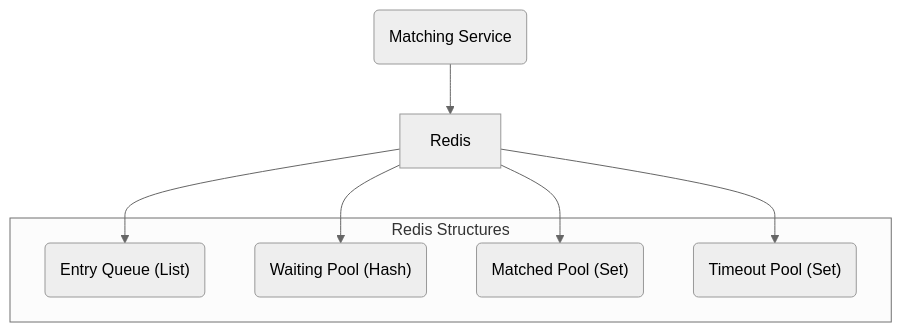
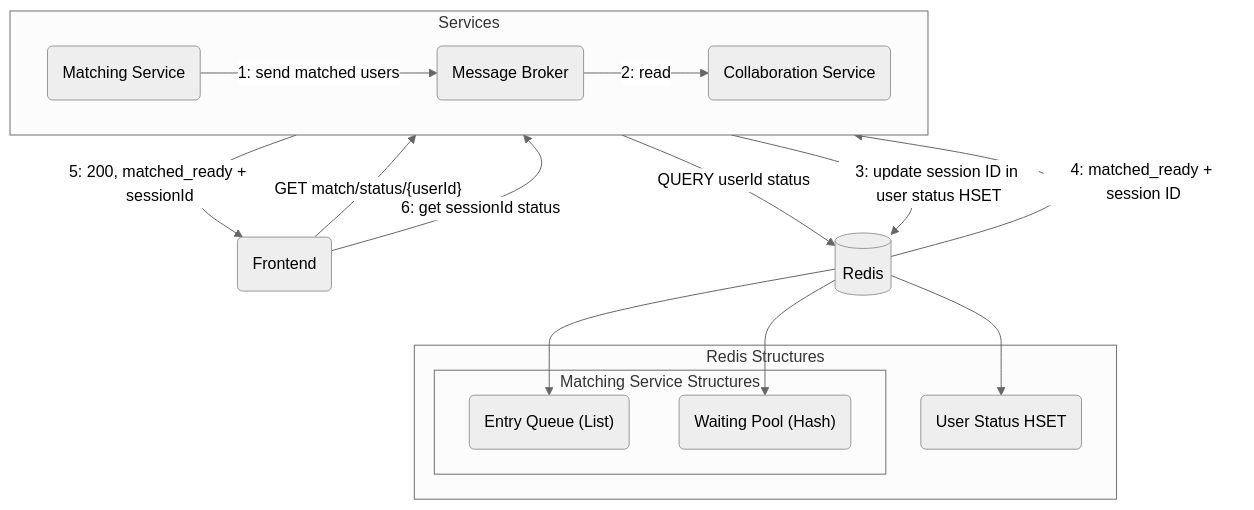
Before and after one commit to CS3219-AY2526Sem1/cs3219-ay2526s1-project-g04: the second of 2 diagrams in backend/services/matching_service/README.md, drawn with Mermaid (neutral theme). The commit also changed other lines of this file, not shown here.

Commit message:
docs: update matching service documentation

````diff
--- a/backend/services/matching_service/README.md
+++ b/backend/services/matching_service/README.md
@@ -35,16 +43,37 @@
 ```mermaid
-graph TD
-    MS(Matching Service) --> Redis
+flowchart TB
+    FE(Frontend)
 
-    subgraph RedisPools["Redis Structures"]
-        EQ("Entry Queue (List)")
-        WPool("Waiting Pool (Hash)")
-        MPool("Matched Pool (Set)")
-        TPool("Timeout Pool (Set)")
+    subgraph Services
+    MS(Matching Service)
+    MB(Message Broker)
+    CS(Collaboration Service)
+        direction LR
+        MS -->|1: send matched users| MB
+        MB -->|2: read| CS
     end
+
+    Redis[(Redis)]
+
+    subgraph RS["Redis Structures"]
+        subgraph MSRS["Matching Service Structures"]
+            EQ("Entry Queue (List)")
+            WPool("Waiting Pool (Hash)")
+        end
+
+        USHS("User Status HSET")
+    end
+
+    FE -->|"GET match/status/{userId}"| MS
+    MS -->|5: 200, matched_ready + sessionId| FE 
+    FE -->|6: get sessionId status| CS
+
+    MS -->|QUERY userId status| Redis
+    CS -->|3: update session ID in user status HSET| Redis
+    Redis -->|4: matched_ready + session ID| MS
 
     Redis --> EQ
     Redis --> WPool
-    Redis --> MPool
-    Redis --> TPool
+    Redis --> USHS
+
 ```
````
